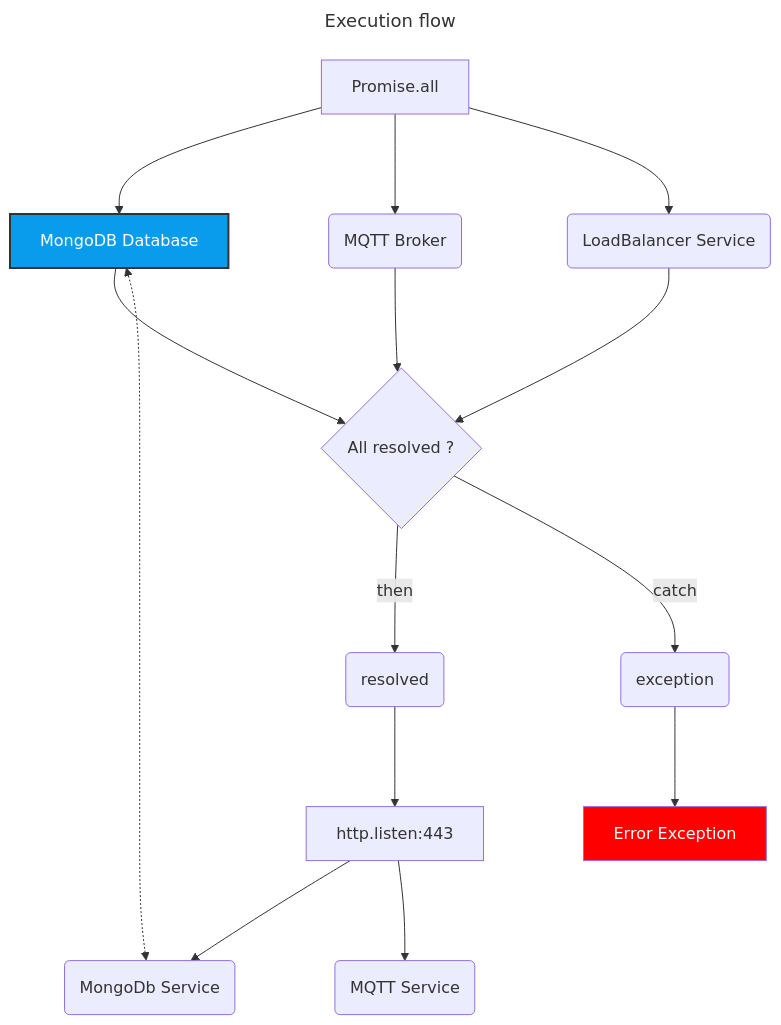
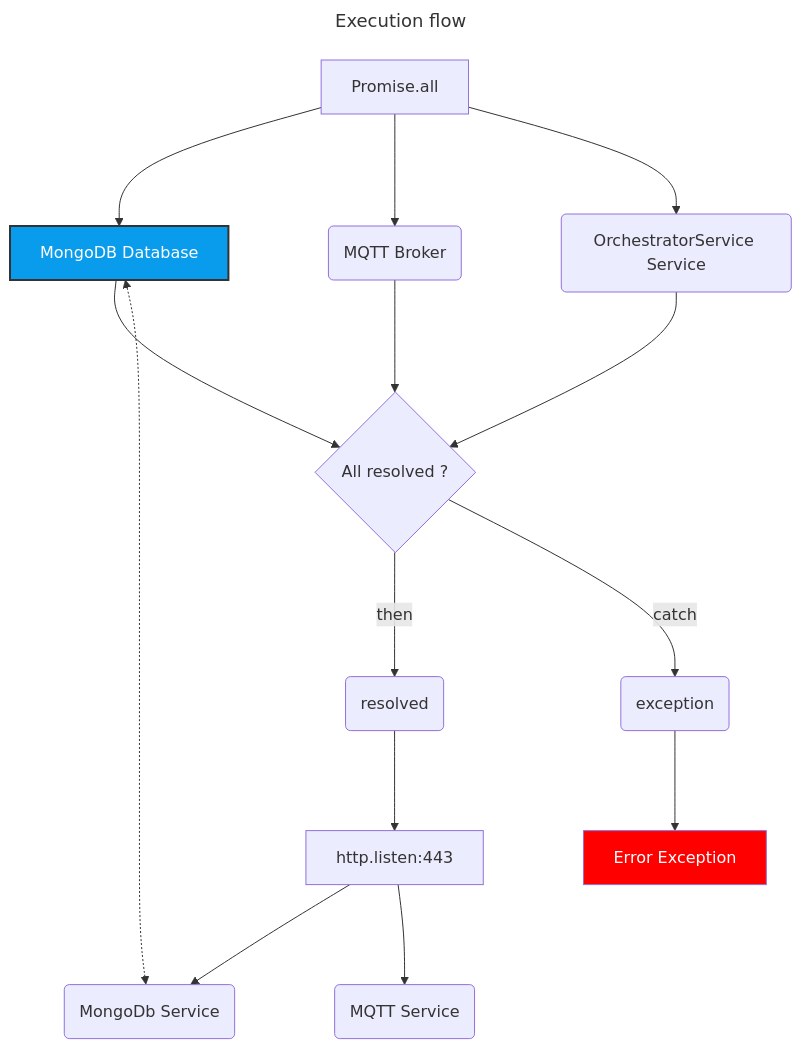
The diagram in docs/execution-flow.mermaid (intersides/alkimia-solutions), drawn with Mermaid before and after one commit. The commit also changed 12 other files, not shown here.

First line of the commit message:
Rename LoadBalancer to OrchestratorService and improve container setup.

```diff
--- a/docs/execution-flow.mermaid
+++ b/docs/execution-flow.mermaid
@@ -1,26 +1,26 @@
 ---
 title: Execution flow
 ---
 %%{init: {'flowchart': {'useMaxWidth': false, 'rankSpacing': 100, 'nodeSpacing': 100}}}%%
 %% TD:top down
 flowchart TD
     style systemException fill:red,color:white
     style MongoDbContainer fill:#099cec,stroke:#333,stroke-width:2px,color:white
 
     Start[Promise.all] --> MongoDbContainer["MongoDB Database"];
     Start --> MqttBroker(MQTT Broker);
-    Start --> LoadBalancer(LoadBalancer Service);
+    Start --> OrchestratorService(OrchestratorService Service);
 
     MongoDbContainer --> Promises{All resolved ?};
-    LoadBalancer --> Promises;
+    OrchestratorService --> Promises;
     MqttBroker --> Promises;
 
     Promises -->|then|Converge(resolved)
     Promises -->|catch|Throw(exception)
     Throw --> systemException[Error Exception]
 
     Converge --> Proxy[http.listen:443]
     Proxy --> MongoDbService(MongoDb Service)
     Proxy --> MqttService(MQTT Service)
 
     MongoDbService <-.-> MongoDbContainer
```
